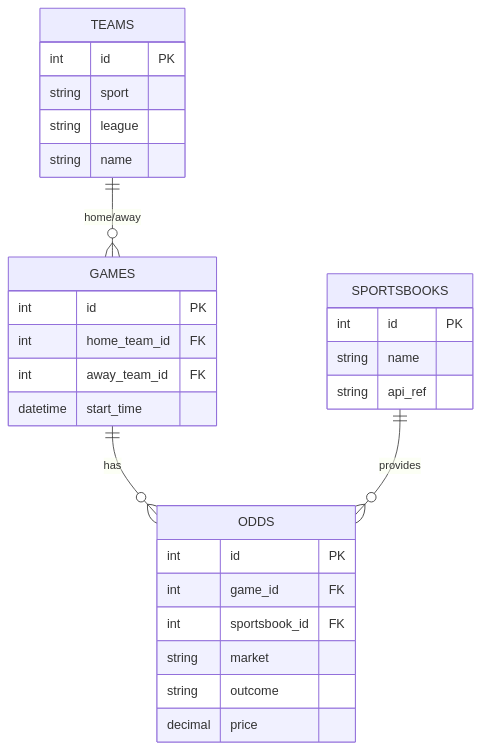
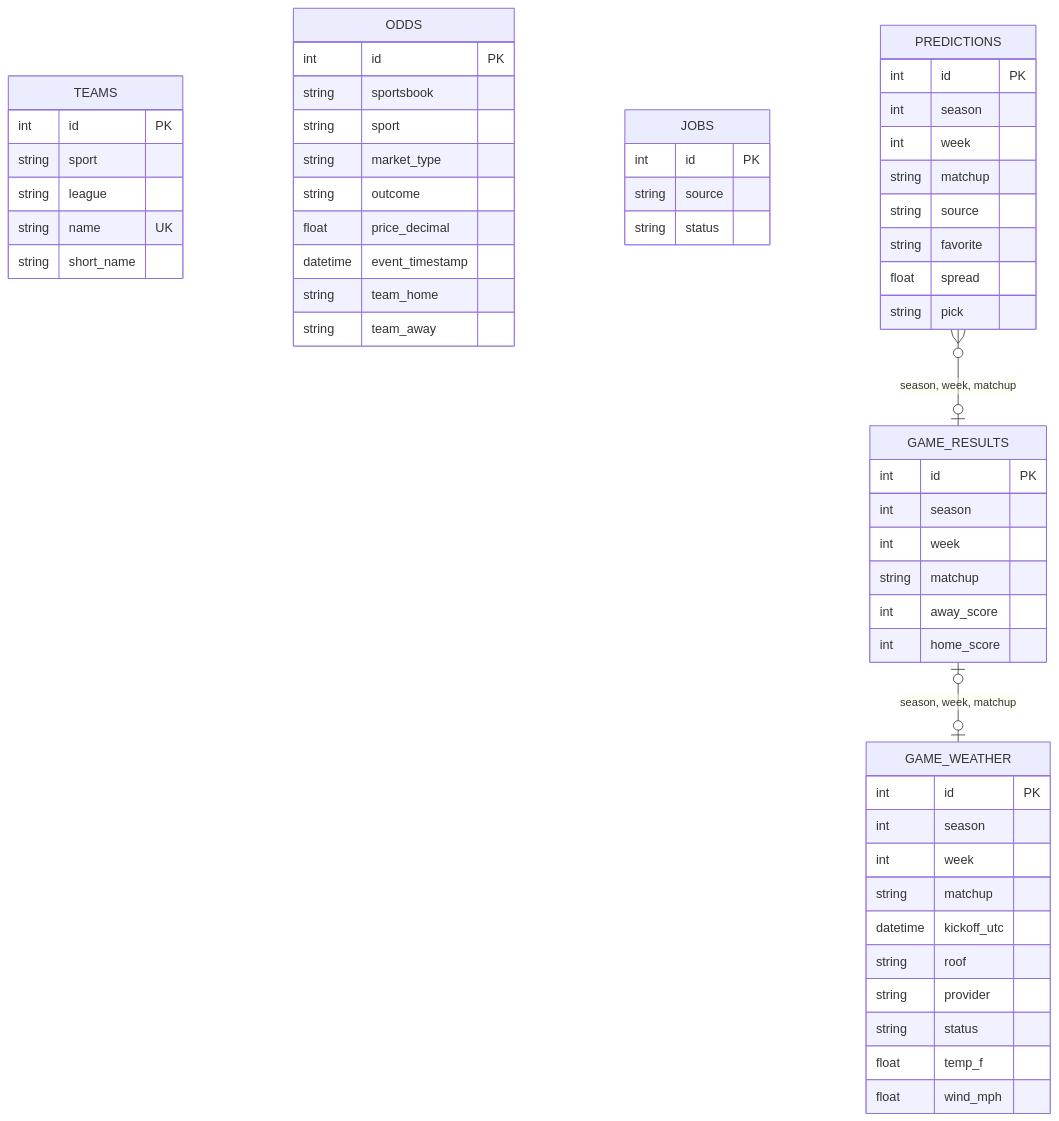
The diagram in README.md (loed3055-cmd/sportsbook-assistant), drawn with Mermaid before and after one commit. The commit also changed other lines of this file and 9 other files, not shown here.

````diff
--- a/README.md
+++ b/README.md
@@ -94,35 +148,58 @@
 ```mermaid
 erDiagram
-    TEAMS ||--o{ GAMES : "home/away"
-    GAMES ||--o{ ODDS : has
-    SPORTSBOOKS ||--o{ ODDS : provides
-
     TEAMS {
         int id PK
         string sport
         string league
-        string name
+        string name UK
+        string short_name
     }
-
-    GAMES {
-        int id PK
-        int home_team_id FK
-        int away_team_id FK
-        datetime start_time
-    }
-
     ODDS {
         int id PK
-        int game_id FK
-        int sportsbook_id FK
-        string market
+        string sportsbook
+        string sport
+        string market_type
         string outcome
-        decimal price
+        float price_decimal
+        datetime event_timestamp
+        string team_home
+        string team_away
     }
-
-    SPORTSBOOKS {
+    JOBS {
         int id PK
-        string name
-        string api_ref
+        string source
+        string status
     }
+    PREDICTIONS {
+        int id PK
+        int season
+        int week
+        string matchup
+        string source
+        string favorite
+        float spread
+        string pick
+    }
+    GAME_RESULTS {
+        int id PK
+        int season
+        int week
+        string matchup
+        int away_score
+        int home_score
+    }
+    GAME_WEATHER {
+        int id PK
+        int season
+        int week
+        string matchup
+        datetime kickoff_utc
+        string roof
+        string provider
+        string status
+        float temp_f
+        float wind_mph
+    }
+    PREDICTIONS }o--o| GAME_RESULTS : "season, week, matchup"
+    GAME_RESULTS |o--o| GAME_WEATHER : "season, week, matchup"
 ```
````
